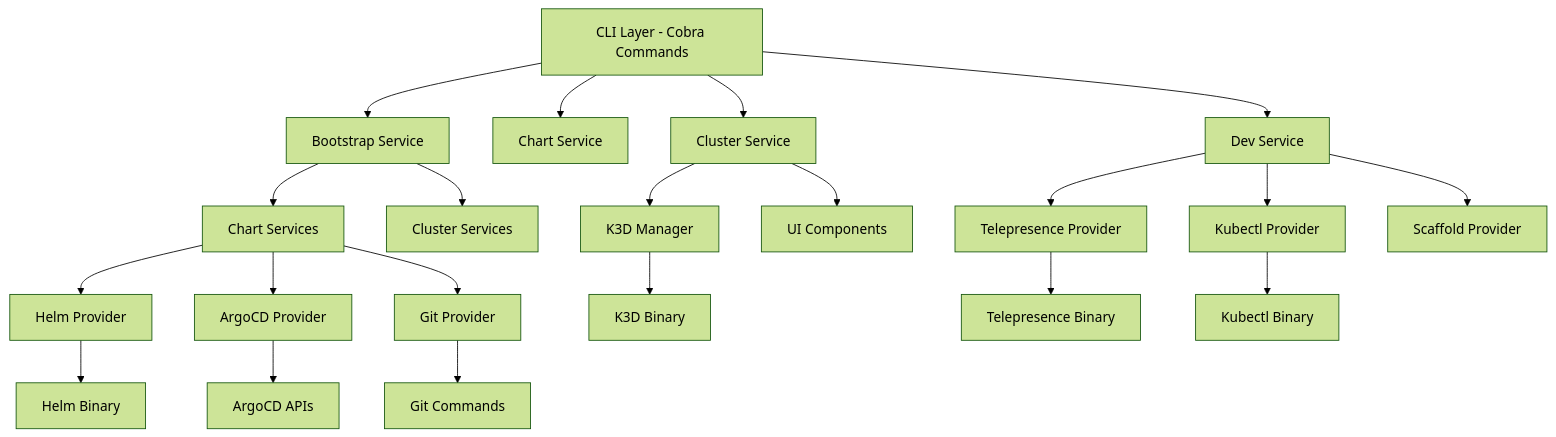
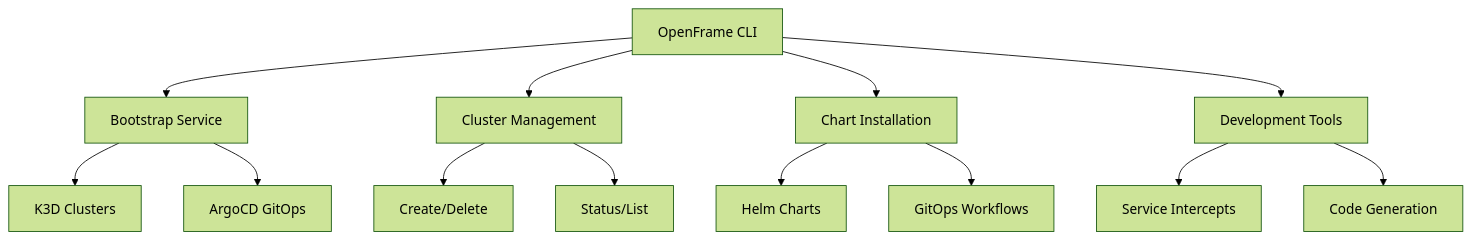
The diagram in docs/getting-started/introduction.md (Praesto-Pro/openframe-cli), drawn with Mermaid (forest theme) before and after one commit. The commit also changed other lines of this file and 22 other files, not shown here.

````diff
--- a/docs/getting-started/introduction.md
+++ b/docs/getting-started/introduction.md
@@ -42,28 +54,19 @@
 ```mermaid
 graph TB
-    CLI[CLI Layer - Cobra Commands] --> BS[Bootstrap Service]
-    CLI --> CS[Chart Service] 
-    CLI --> CLS[Cluster Service]
-    CLI --> DS[Dev Service]
+    CLI[OpenFrame CLI] --> Bootstrap[Bootstrap Service]
+    CLI --> Cluster[Cluster Management]
+    CLI --> Charts[Chart Installation]
+    CLI --> Dev[Development Tools]
     
-    BS --> CSvc[Chart Services]
-    BS --> CLSvc[Cluster Services]
+    Bootstrap --> K3D[K3D Clusters]
+    Bootstrap --> ArgoCD[ArgoCD GitOps]
     
-    CSvc --> HP[Helm Provider]
-    CSvc --> AP[ArgoCD Provider]
-    CSvc --> GP[Git Provider]
+    Cluster --> Create[Create/Delete]
+    Cluster --> Status[Status/List]
     
-    CLS --> K3D[K3D Manager]
-    CLS --> UI[UI Components]
+    Charts --> Helm[Helm Charts]
+    Charts --> GitOps[GitOps Workflows]
     
-    DS --> TP[Telepresence Provider]
-    DS --> KP[Kubectl Provider]
-    DS --> SP[Scaffold Provider]
-    
-    HP --> Helm[Helm Binary]
-    AP --> ArgoCD[ArgoCD APIs]
-    GP --> Git[Git Commands]
-    K3D --> K3DCmd[K3D Binary]
-    TP --> TelepresenceCmd[Telepresence Binary]
-    KP --> KubectlCmd[Kubectl Binary]
+    Dev --> Intercept[Service Intercepts]
+    Dev --> Scaffold[Code Generation]
 ```
````
